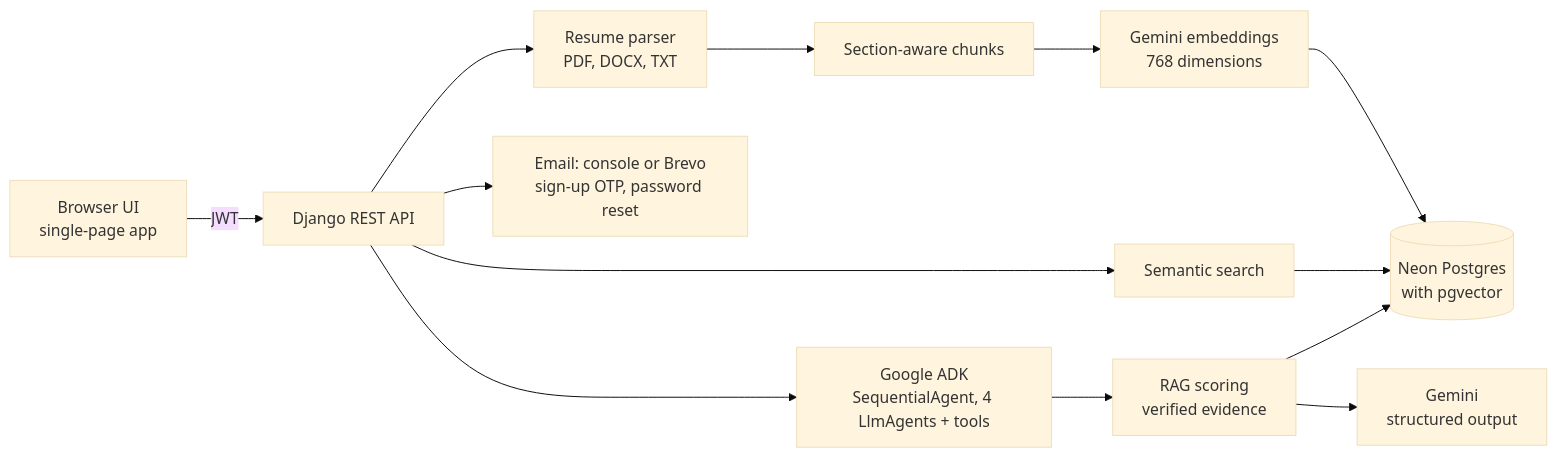
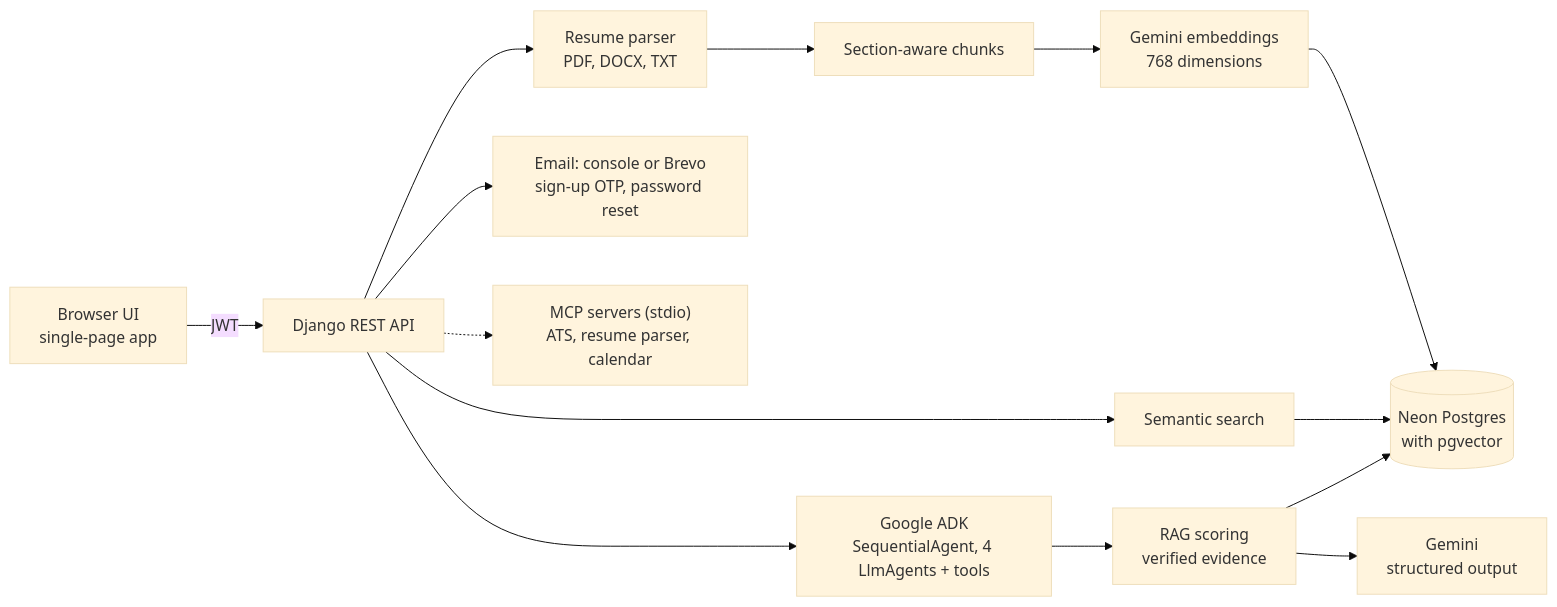
One commit to aryaansaini/recruitment-ai changed the second of 2 diagrams in README.md. Above: the diagram before and after it, drawn with Mermaid (base theme). The commit also changed other lines of this file and 12 other files, not shown here.

First line of the commit message:
Add real MCP servers for ATS, resume parsing and calendar

````diff
--- a/README.md
+++ b/README.md
@@ -242,15 +275,16 @@
 ```mermaid
 flowchart LR
   UI["Browser UI<br/>single-page app"] -->|"JWT"| API["Django REST API"]
   API --> Parser["Resume parser<br/>PDF, DOCX, TXT"]
   Parser --> Chunks["Section-aware chunks"]
   Chunks --> Embed["Gemini embeddings<br/>768 dimensions"]
   Embed --> DB[("Neon Postgres<br/>with pgvector")]
   API --> Search["Semantic search"]
   Search --> DB
   API --> ADK["Google ADK<br/>SequentialAgent, 4 LlmAgents + tools"]
   ADK --> RAG["RAG scoring<br/>verified evidence"]
   RAG --> DB
   RAG --> LLM["Gemini<br/>structured output"]
   API --> Mail["Email: console or Brevo<br/>sign-up OTP, password reset"]
+  API -.-> MCP["MCP servers (stdio)<br/>ATS, resume parser, calendar"]
 ```
````
